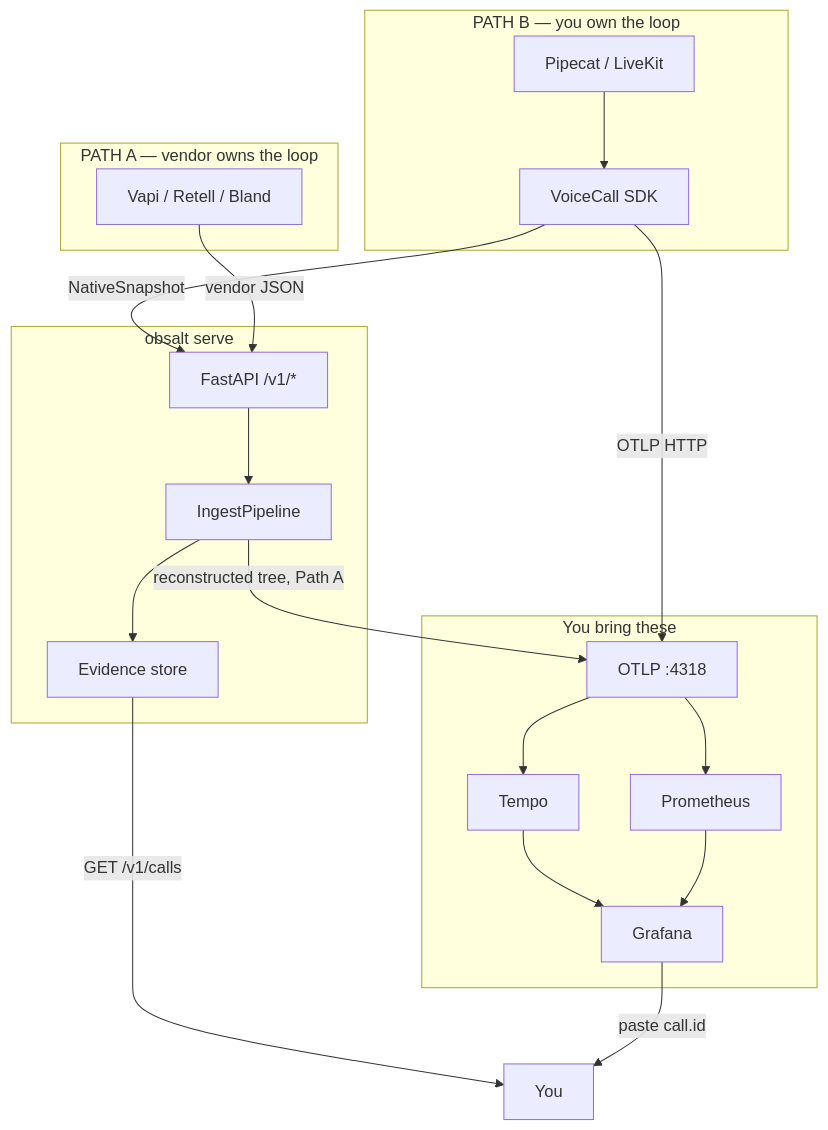
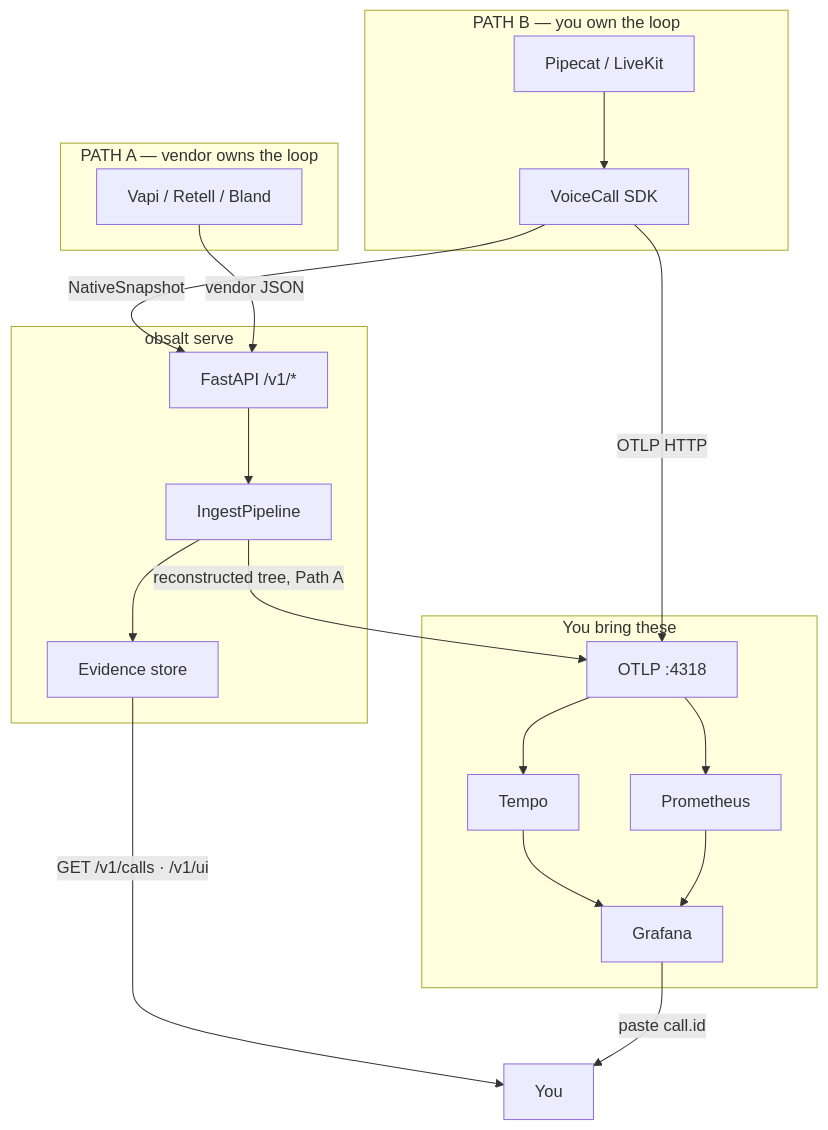
The diagram in docs/architecture.md (obsalt/obsalt-legacy), drawn with Mermaid before and after one commit. The commit also changed other lines of this file and 30 other files, not shown here.

````diff
--- a/docs/architecture.md
+++ b/docs/architecture.md
@@ -39,33 +39,33 @@
 ```mermaid
 flowchart TB
   subgraph pathB ["PATH B — you own the loop"]
     Agent[Pipecat / LiveKit]
     SDK[VoiceCall SDK]
     Agent --> SDK
   end
   subgraph pathA ["PATH A — vendor owns the loop"]
     Vendor[Vapi / Retell / Bland]
   end
   subgraph obsalt ["obsalt serve"]
     HTTP["FastAPI /v1/*"]
     Pipe[IngestPipeline]
     Mem[Evidence store]
     HTTP --> Pipe --> Mem
   end
   subgraph backends ["You bring these"]
     OTLP["OTLP :4318"]
     Tempo[Tempo]
     Prom[Prometheus]
     Graf[Grafana]
     OTLP --> Tempo
     OTLP --> Prom
     Tempo --> Graf
     Prom --> Graf
   end
   SDK -->|"OTLP HTTP"| OTLP
   SDK -->|"NativeSnapshot"| HTTP
   Vendor -->|"vendor JSON"| HTTP
   Pipe -->|"reconstructed tree, Path A"| OTLP
-  Mem -->|"GET /v1/calls"| You[You]
+  Mem -->|"GET /v1/calls · /v1/ui"| You[You]
   Graf -->|"paste call.id"| You
 ```
````
